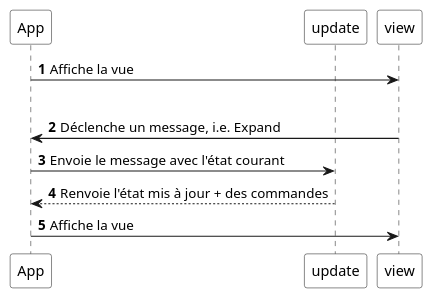
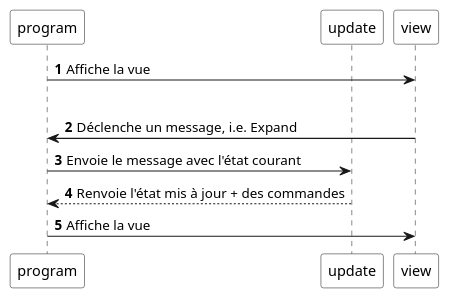
Before and after one commit to sporto/elm-tutorial: the diagram in fr/02-elm-arch/04-flux.pu, drawn with PlantUML. The commit also changed 17 other files, not shown here.

```diff
--- a/fr/02-elm-arch/04-flux.pu
+++ b/fr/02-elm-arch/04-flux.pu
@@ -1,13 +1,13 @@
 @startuml
 autonumber
-participant App #white
+participant program #white
 participant update #white
 participant view #white
 
-App -> view : Affiche la vue
+program -> view : Affiche la vue
 |||
-view -> App : Déclenche un message, i.e. Expand
-App -> update : Envoie le message avec l'état courant
-update --> App : Renvoie l'état mis à jour + des commandes
-App -> view : Affiche la vue
+view -> program : Déclenche un message, i.e. Expand
+program -> update : Envoie le message avec l'état courant
+update --> program : Renvoie l'état mis à jour + des commandes
+program -> view : Affiche la vue
 @enduml
```
